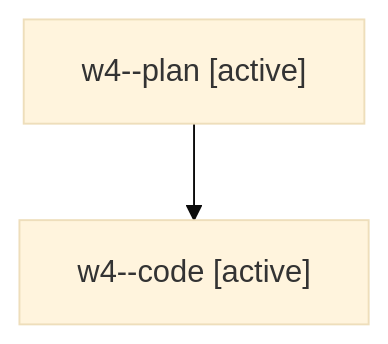
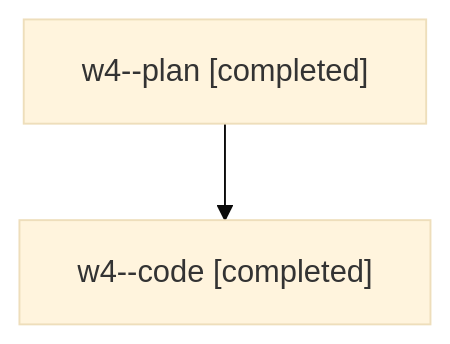
Before and after one commit to sase-org/sase--agents: the diagram in families/bbugyi200.athena.w4.md, drawn with Mermaid (base theme). The commit also changed other lines of this file and 1120 other files, not shown here.

````diff
--- a/families/bbugyi200.athena.w4.md
+++ b/families/bbugyi200.athena.w4.md
@@ -9,6 +9,6 @@
 ```mermaid
 flowchart TD
-  n0["w4--plan [active]"]
-  n1["w4--code [active]"]
+  n0["w4--plan [completed]"]
+  n1["w4--code [completed]"]
   n0 --> n1
 ```
````
